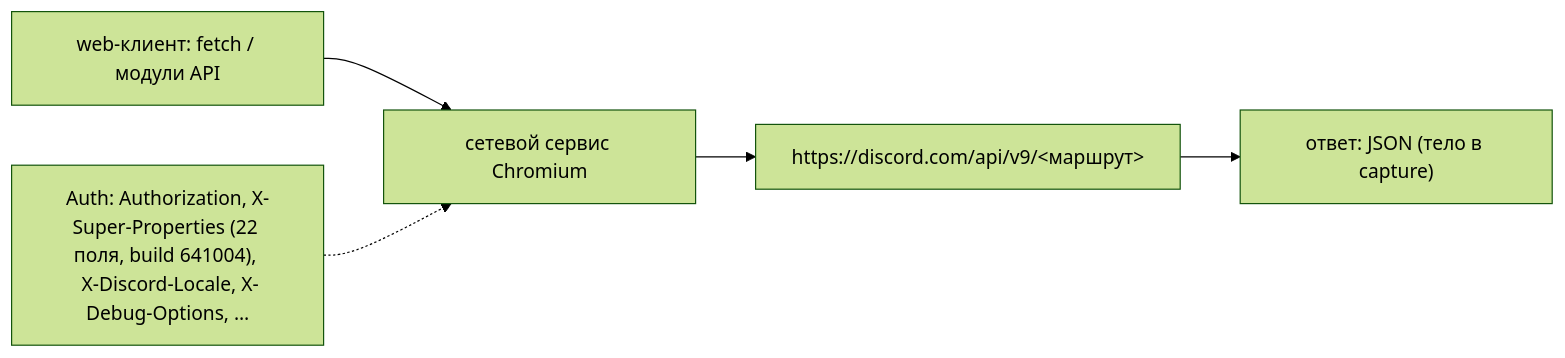
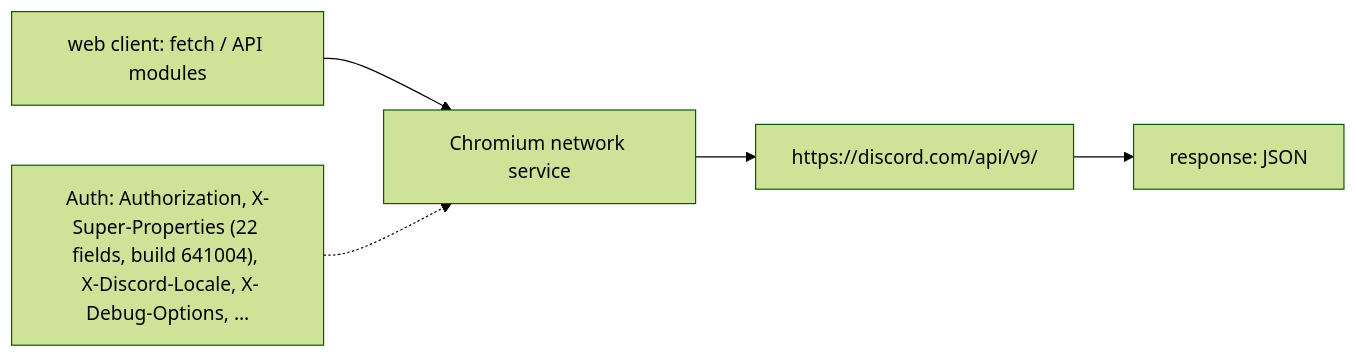
One commit to Userbash/chord changed the sixth of 6 diagrams in docs/re/architecture.md. Above: the diagram before and after it, drawn with Mermaid (forest theme). The commit also changed other lines of this file and 2279 other files, not shown here.

````diff
--- a/docs/re/architecture.md
+++ b/docs/re/architecture.md
@@ -161,7 +141,7 @@
 ```mermaid
 flowchart LR
-  A["web-клиент: fetch / модули API"] --> B["сетевой сервис Chromium"]
-  B --> C["https://discord.com/api/v9/<маршрут>"]
-  C --> D["ответ: JSON (тело в capture)"]
-  H["Auth: Authorization, X-Super-Properties (22 поля, build 641004), <br/> X-Discord-Locale, X-Debug-Options, …"] -.-> B
+  A["web client: fetch / API modules"] --> B["Chromium network service"]
+  B --> C["https://discord.com/api/v9/<route>"]
+  C --> D["response: JSON"]
+  H["Auth: Authorization, X-Super-Properties (22 fields, build 641004), <br/> X-Discord-Locale, X-Debug-Options, …"] -.-> B
 ```
````
